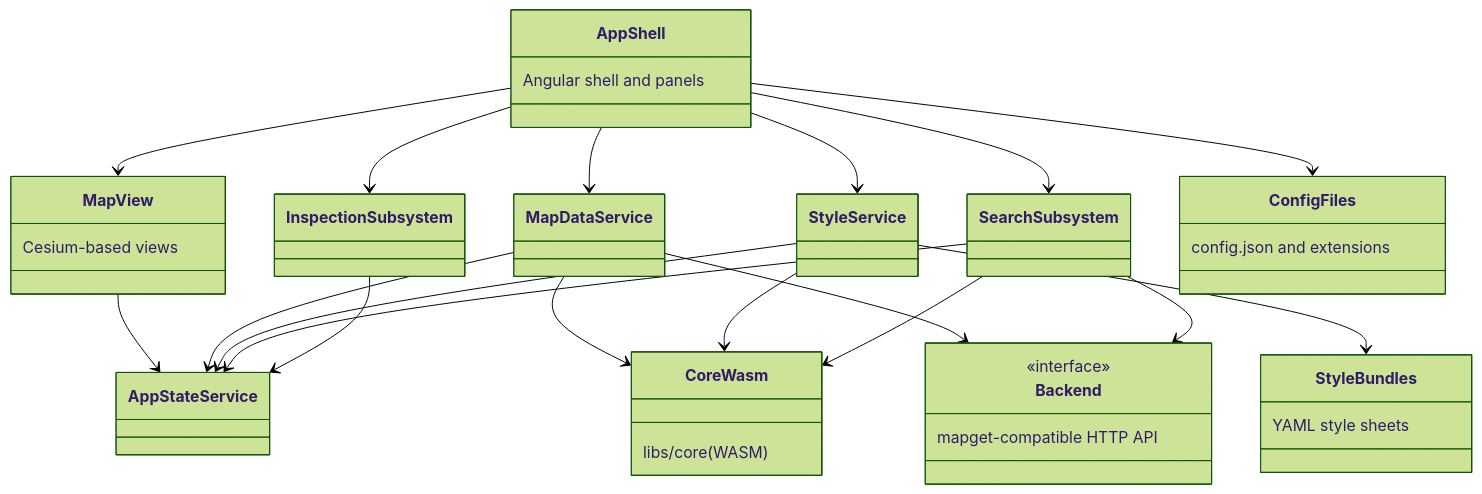
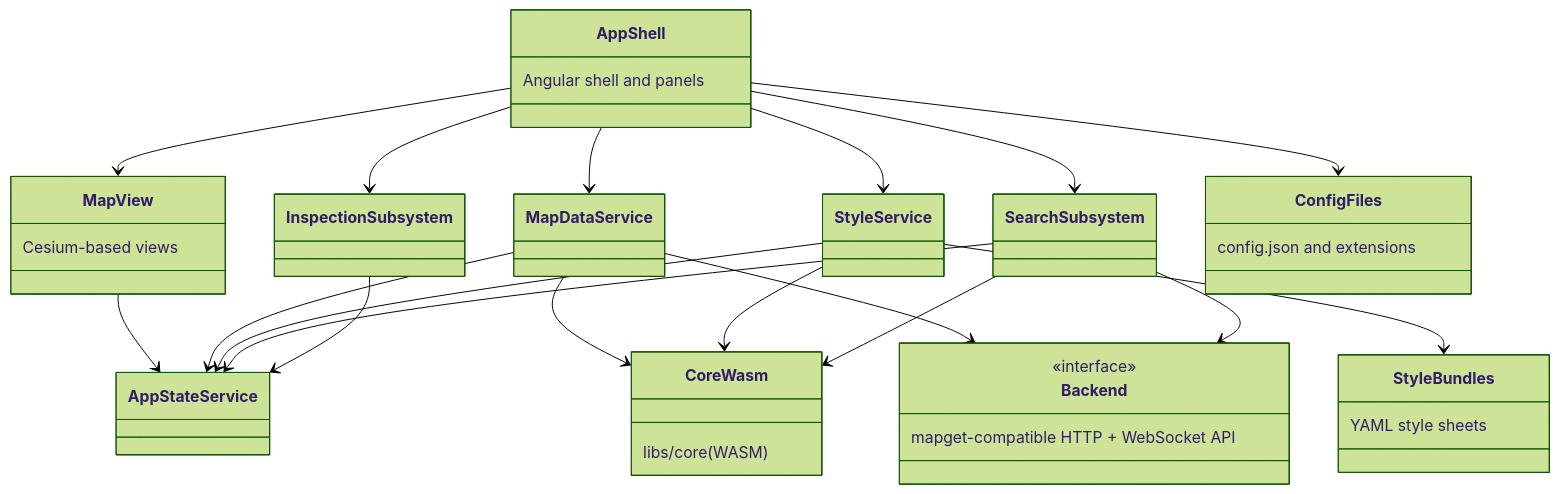
The first of 10 diagrams in docs/erdblick-dev-guide.md (ndsev/erdblick), drawn with Mermaid (forest theme) before and after one commit. The commit also changed other lines of this file and 6 other files, not shown here.

Commit message:
WebSocket-based MapTileStream support

````diff
--- a/docs/erdblick-dev-guide.md
+++ b/docs/erdblick-dev-guide.md
@@ -49,49 +49,49 @@
 ```mermaid
 classDiagram
   class AppShell {
     Angular shell and panels
   }
   class MapView {
     Cesium-based views
   }
   class MapDataService
   class StyleService
   class SearchSubsystem
   class InspectionSubsystem
   class AppStateService
   class CoreWasm {
     libs/core (WASM)
   }
   class Backend {
     <<interface>>
-    mapget-compatible HTTP API
+    mapget-compatible HTTP + WebSocket API
   }
   class ConfigFiles {
     config.json and extensions
   }
   class StyleBundles {
     YAML style sheets
   }
 
   AppShell --> MapView
   AppShell --> MapDataService
   AppShell --> StyleService
   AppShell --> SearchSubsystem
   AppShell --> InspectionSubsystem
 
   MapView --> AppStateService
   MapDataService --> AppStateService
   StyleService --> AppStateService
   SearchSubsystem --> AppStateService
   InspectionSubsystem --> AppStateService
 
   MapDataService --> CoreWasm
   StyleService --> CoreWasm
   SearchSubsystem --> CoreWasm
 
   MapDataService --> Backend
   SearchSubsystem --> Backend
 
   AppShell --> ConfigFiles
   StyleService --> StyleBundles
 ```
````
